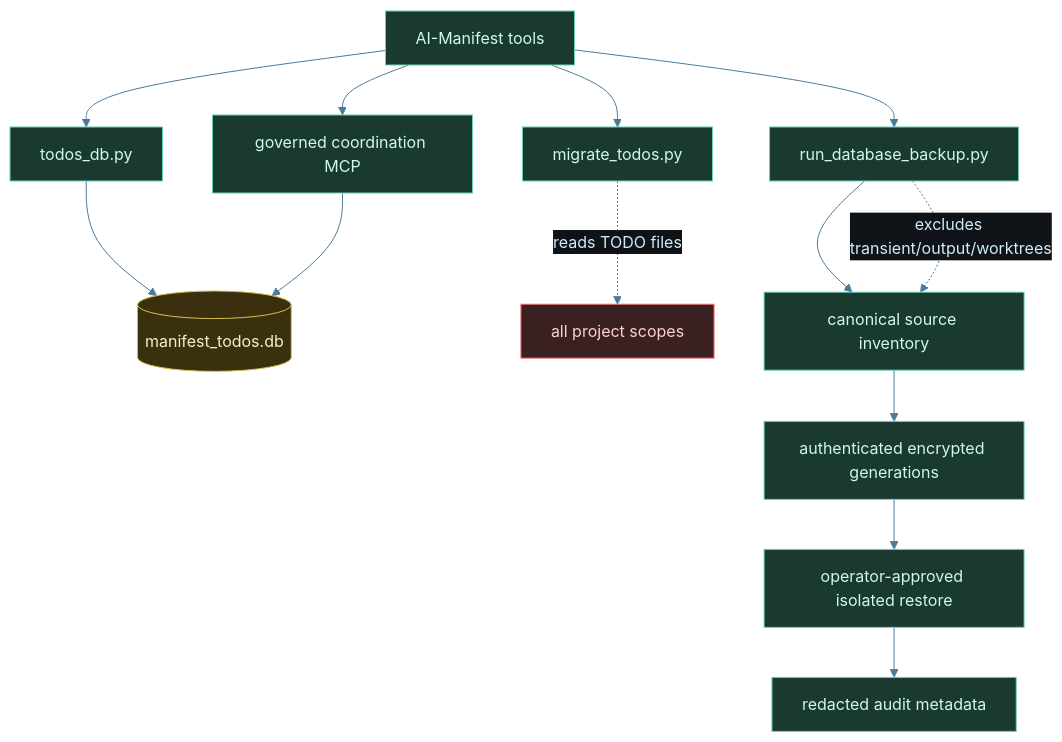
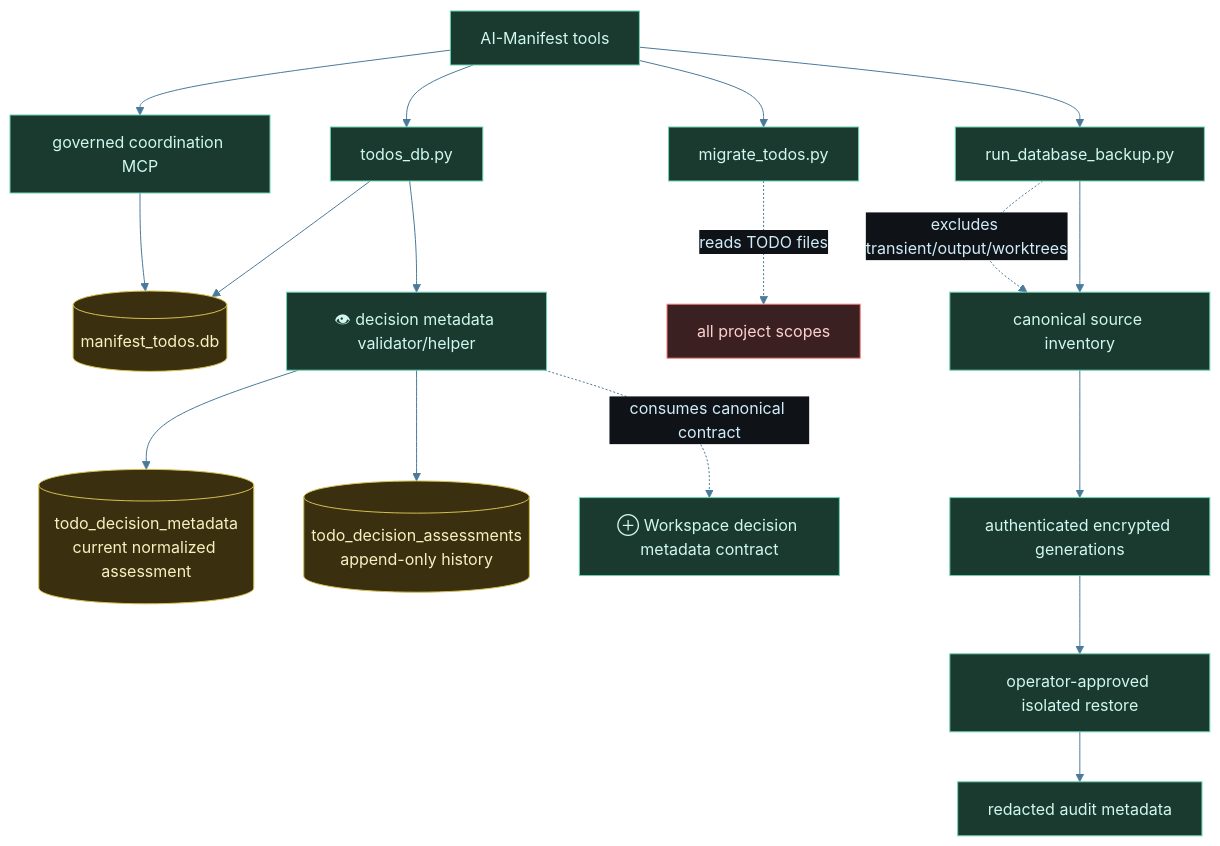
One commit to tylerdrakemusic/-Workspace changed the diagram in diagrams/manifest-derived-todo-and-backup.mmd. Above: the diagram before and after it, drawn with Mermaid. The commit also changed 6 other files, not shown here.

Commit message:
⊕ workspace: FR-20260827 repair decision metadata diagrams

```diff
--- a/diagrams/manifest-derived-todo-and-backup.mmd
+++ b/diagrams/manifest-derived-todo-and-backup.mmd
@@ -1,22 +1,35 @@
 %%{init: {'theme': 'base', 'themeVariables': {'primaryColor': '#1a2e3a', 'primaryTextColor': '#d0ecf8', 'edgeLabelBackground': '#0f1318', 'lineColor': '#4a7a9a'}}}%%
 %% is_derived_view=true
 %% Traceability.parent: diagrams/manifest-architecture.mmd
 graph TB
     Tools[AI-Manifest tools] --> TodosUtil[todos_db.py]
     TodosUtil --> TodosDB[(manifest_todos.db)]
+    TodosUtil --> DecisionMetadata[👁 decision metadata validator/helper]
+    DecisionMetadata --> CurrentMetadata[(todo_decision_metadata<br/>current normalized assessment)]
+    DecisionMetadata --> AssessmentHistory[(todo_decision_assessments<br/>append-only history)]
+    DecisionMetadata -.->|consumes canonical contract| WorkspaceContract[⊕ Workspace decision metadata contract]
     Tools --> Migrate[migrate_todos.py]
     Migrate -.->|reads TODO files| Projects[all project scopes]
     Tools --> Coordination[governed coordination MCP]
     Coordination --> TodosDB
     Tools --> BackupRunner[run_database_backup.py]
     BackupRunner --> Inventory[canonical source inventory]
     Inventory --> Generations[authenticated encrypted generations]
     Generations --> Restore[operator-approved isolated restore]
     Restore --> Audit[redacted audit metadata]
     BackupRunner -.->|excludes transient/output/worktrees| Inventory
     class Tools,TodosUtil,Migrate,Coordination,BackupRunner,Inventory,Generations,Restore,Audit ws
     class Projects ext
     class TodosDB db
-classDef ws fill:#1a3a30,stroke:#6ad4b4,color:#d0f8ee
-classDef ext fill:#3a2020,stroke:#ff7a7a,color:#ffd0d0
-classDef db fill:#3a3010,stroke:#d4c050,color:#f8f0c0
+    class CurrentMetadata,AssessmentHistory db
+    class DecisionMetadata,WorkspaceContract ws
+classDef life     fill:#1a2e3a,stroke:#6ab4d4,color:#d0ecf8
+classDef music    fill:#3a1a24,stroke:#d47a8f,color:#f8d0dc
+classDef quantum  fill:#251a3a,stroke:#a07adf,color:#e8d0f8
+classDef manifest fill:#3a2e1a,stroke:#d4a96a,color:#f8ead0
+classDef ws       fill:#1a3a30,stroke:#6ad4b4,color:#d0f8ee
+classDef tyler    fill:#2a1a3a,stroke:#9e4aff,color:#fff
+classDef orch     fill:#1a3a52,stroke:#4a9eff,color:#fff
+classDef ext      fill:#3a2020,stroke:#ff7a7a,color:#ffd0d0
+classDef db       fill:#3a3010,stroke:#d4c050,color:#f8f0c0
+classDef state    fill:#1a1a1a,stroke:#888888,color:#cccccc
```
